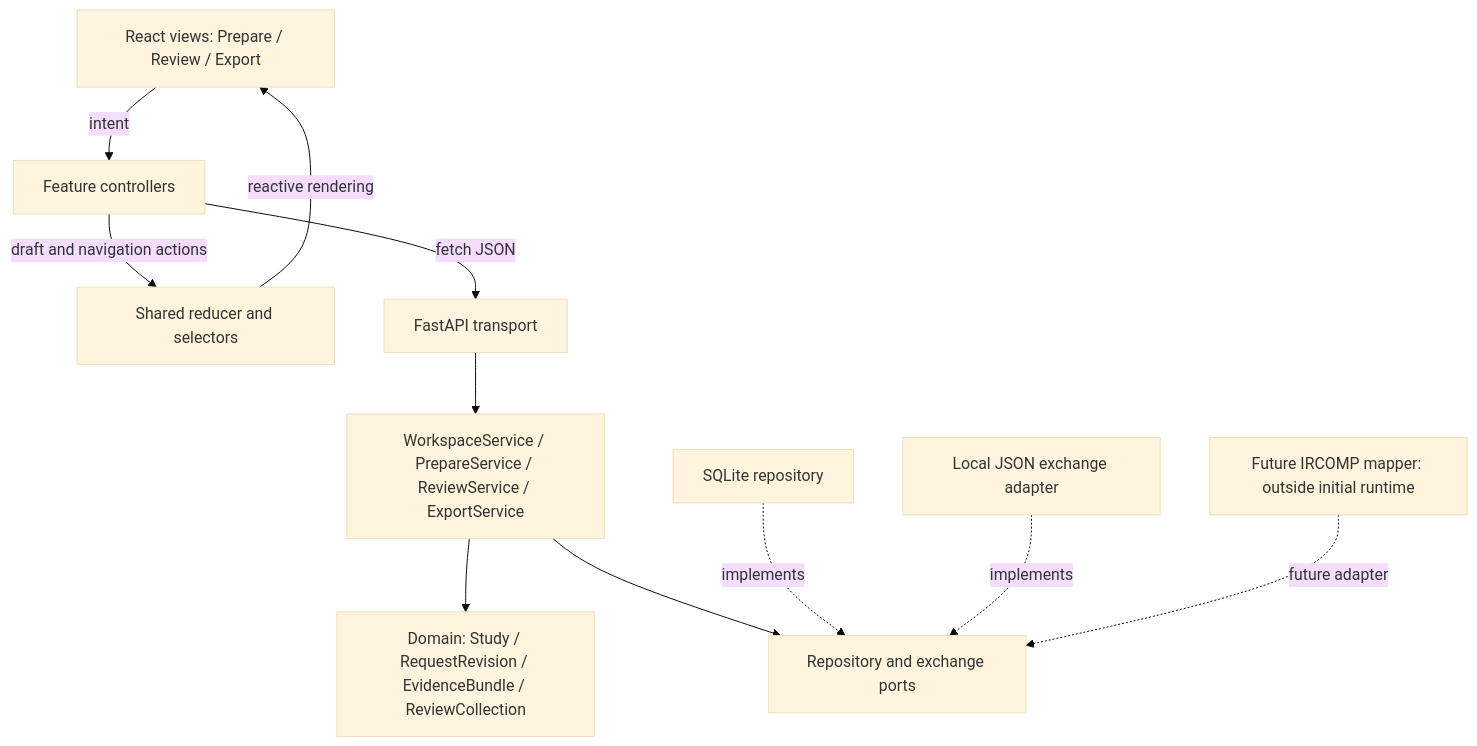
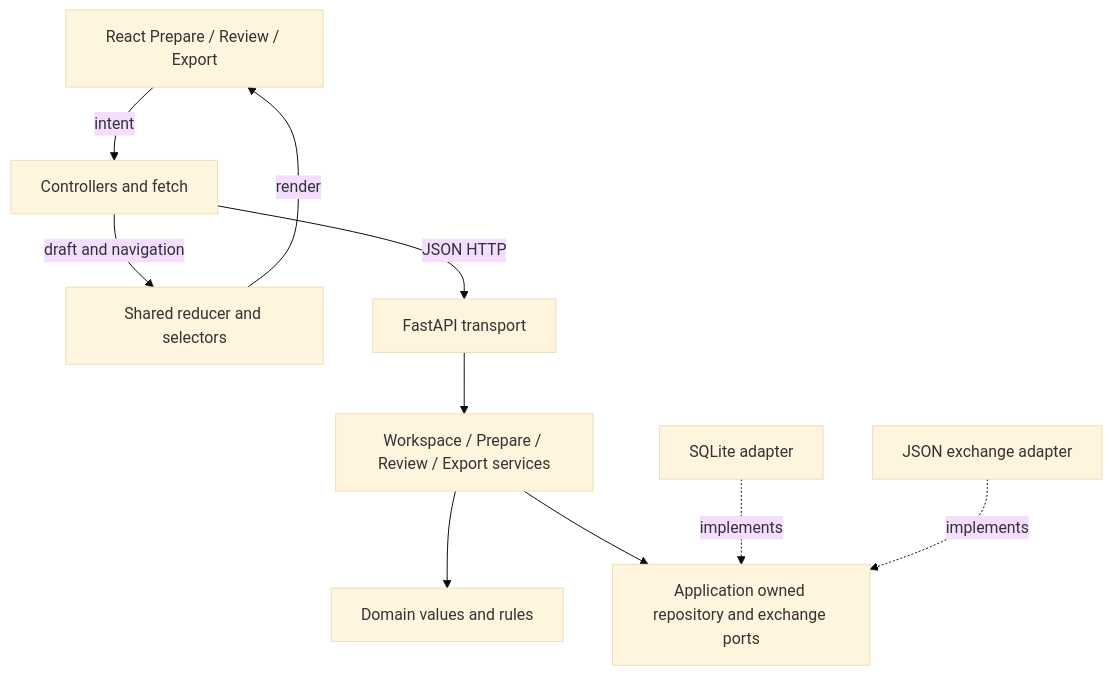
The diagram in docs/architecture/overview.md (viridisquercus/IRCOMP-GUI), drawn with Mermaid (base theme) before and after one commit. The commit also changed other lines of this file and 51 other files, not shown here.

````diff
--- a/docs/architecture/overview.md
+++ b/docs/architecture/overview.md
@@ -26,13 +7,12 @@
 ```mermaid
 flowchart TD
-    V[React views: Prepare / Review / Export] -->|intent| C[Feature controllers]
-    C -->|draft and navigation actions| S[Shared reducer and selectors]
-    S -->|reactive rendering| V
-    C -->|fetch JSON| H[FastAPI transport]
-    H --> A[WorkspaceService / PrepareService / ReviewService / ExportService]
-    A --> D[Domain: Study / RequestRevision / EvidenceBundle / ReviewCollection]
-    A --> P[Repository and exchange ports]
-    SQL[SQLite repository] -. implements .-> P
-    J[Local JSON exchange adapter] -. implements .-> P
-    FUT[Future IRCOMP mapper: outside initial runtime] -. future adapter .-> P
+    V[React Prepare / Review / Export] -->|intent| C[Controllers and fetch]
+    C -->|draft and navigation| S[Shared reducer and selectors]
+    S -->|render| V
+    C -->|JSON HTTP| H[FastAPI transport]
+    H --> A[Workspace / Prepare / Review / Export services]
+    A --> D[Domain values and rules]
+    A --> P[Application owned repository and exchange ports]
+    SQL[SQLite adapter] -. implements .-> P
+    J[JSON exchange adapter] -. implements .-> P
 ```
````
